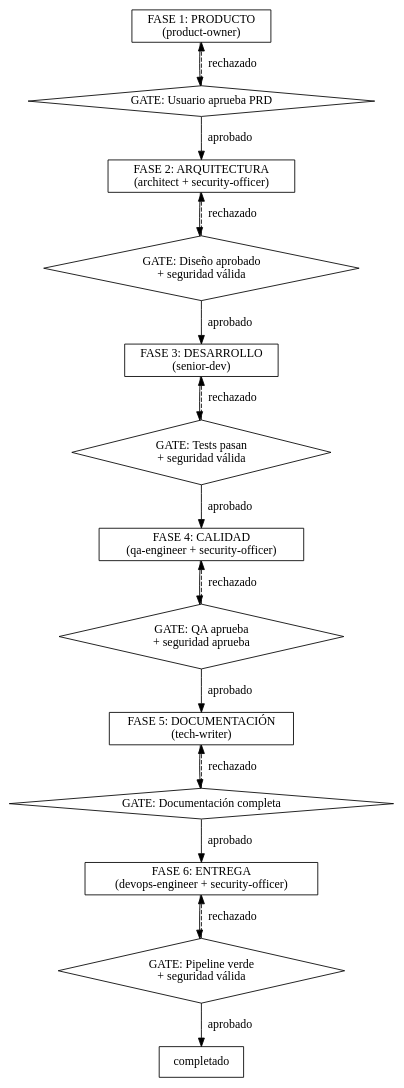
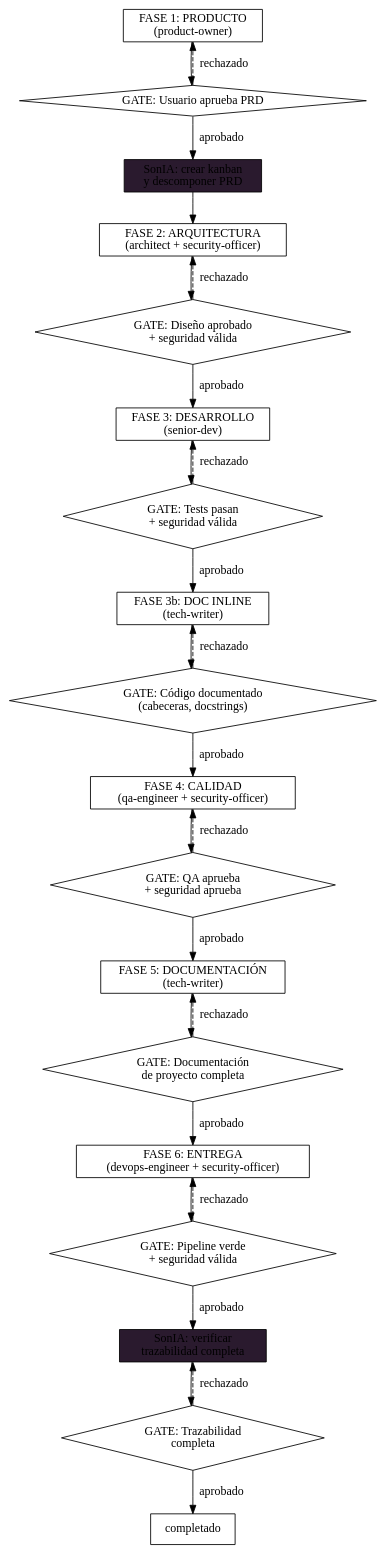
One commit to 686f6c61/alfred-dev changed the first of 3 diagrams in agents/alfred.md. Above: the diagram before and after it, drawn with Graphviz. The commit also changed other lines of this file and 86 other files, not shown here.

````diff
--- a/agents/alfred.md
+++ b/agents/alfred.md
@@ -146,39 +152,51 @@
 ```dot
 digraph feature_flow {
     rankdir=TB;
     node [shape=box];
 
     producto [label="FASE 1: PRODUCTO\n(product-owner)"];
+    kanban [label="SonIA: crear kanban\ny descomponer PRD" style=filled fillcolor="#2a1a2e"];
     arquitectura [label="FASE 2: ARQUITECTURA\n(architect + security-officer)"];
     desarrollo [label="FASE 3: DESARROLLO\n(senior-dev)"];
+    doc_inline [label="FASE 3b: DOC INLINE\n(tech-writer)"];
     calidad [label="FASE 4: CALIDAD\n(qa-engineer + security-officer)"];
     documentacion [label="FASE 5: DOCUMENTACIÓN\n(tech-writer)"];
     entrega [label="FASE 6: ENTREGA\n(devops-engineer + security-officer)"];
+    cierre [label="SonIA: verificar\ntrazabilidad completa" style=filled fillcolor="#2a1a2e"];
 
     gate_prd [label="GATE: Usuario aprueba PRD" shape=diamond];
     gate_arq [label="GATE: Diseño aprobado\n+ seguridad válida" shape=diamond];
     gate_dev [label="GATE: Tests pasan\n+ seguridad válida" shape=diamond];
+    gate_doc_inline [label="GATE: Código documentado\n(cabeceras, docstrings)" shape=diamond];
     gate_qa [label="GATE: QA aprueba\n+ seguridad aprueba" shape=diamond];
-    gate_doc [label="GATE: Documentación completa" shape=diamond];
+    gate_doc [label="GATE: Documentación\nde proyecto completa" shape=diamond];
     gate_ship [label="GATE: Pipeline verde\n+ seguridad válida" shape=diamond];
+    gate_traza [label="GATE: Trazabilidad\ncompleta" shape=diamond];
 
     producto -> gate_prd;
-    gate_prd -> arquitectura [label="aprobado"];
+    gate_prd -> kanban [label="aprobado"];
     gate_prd -> producto [label="rechazado" style=dashed];
+    kanban -> arquitectura;
     arquitectura -> gate_arq;
     gate_arq -> desarrollo [label="aprobado"];
     gate_arq -> arquitectura [label="rechazado" style=dashed];
     desarrollo -> gate_dev;
-    gate_dev -> calidad [label="aprobado"];
+    gate_dev -> doc_inline [label="aprobado"];
     gate_dev -> desarrollo [label="rechazado" style=dashed];
+    doc_inline -> gate_doc_inline;
+    gate_doc_inline -> calidad [label="aprobado"];
+    gate_doc_inline -> doc_inline [label="rechazado" style=dashed];
     calidad -> gate_qa;
     gate_qa -> documentacion [label="aprobado"];
     gate_qa -> calidad [label="rechazado" style=dashed];
     documentacion -> gate_doc;
     gate_doc -> entrega [label="aprobado"];
     gate_doc -> documentacion [label="rechazado" style=dashed];
     entrega -> gate_ship;
-    gate_ship -> completado [label="aprobado" shape=doublecircle];
+    gate_ship -> cierre [label="aprobado"];
     gate_ship -> entrega [label="rechazado" style=dashed];
+    cierre -> gate_traza;
+    gate_traza -> completado [label="aprobado" shape=doublecircle];
+    gate_traza -> cierre [label="rechazado" style=dashed];
 }
 ```
````
